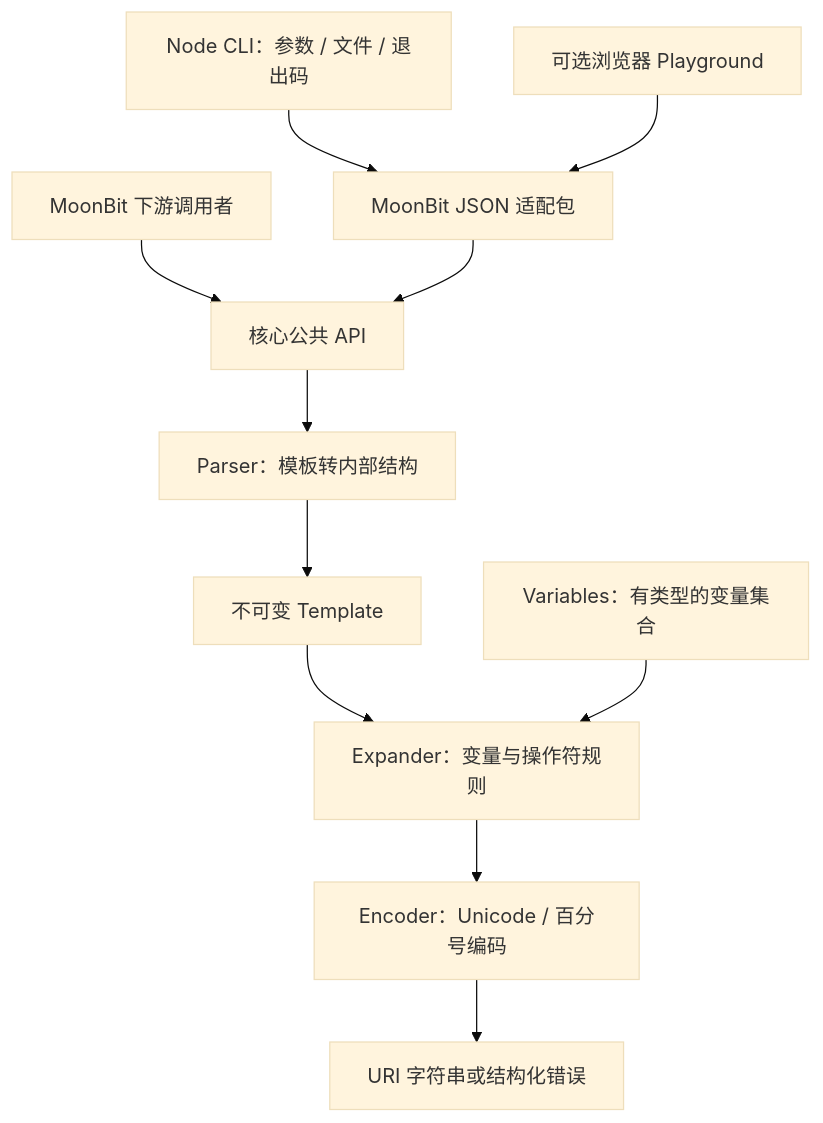
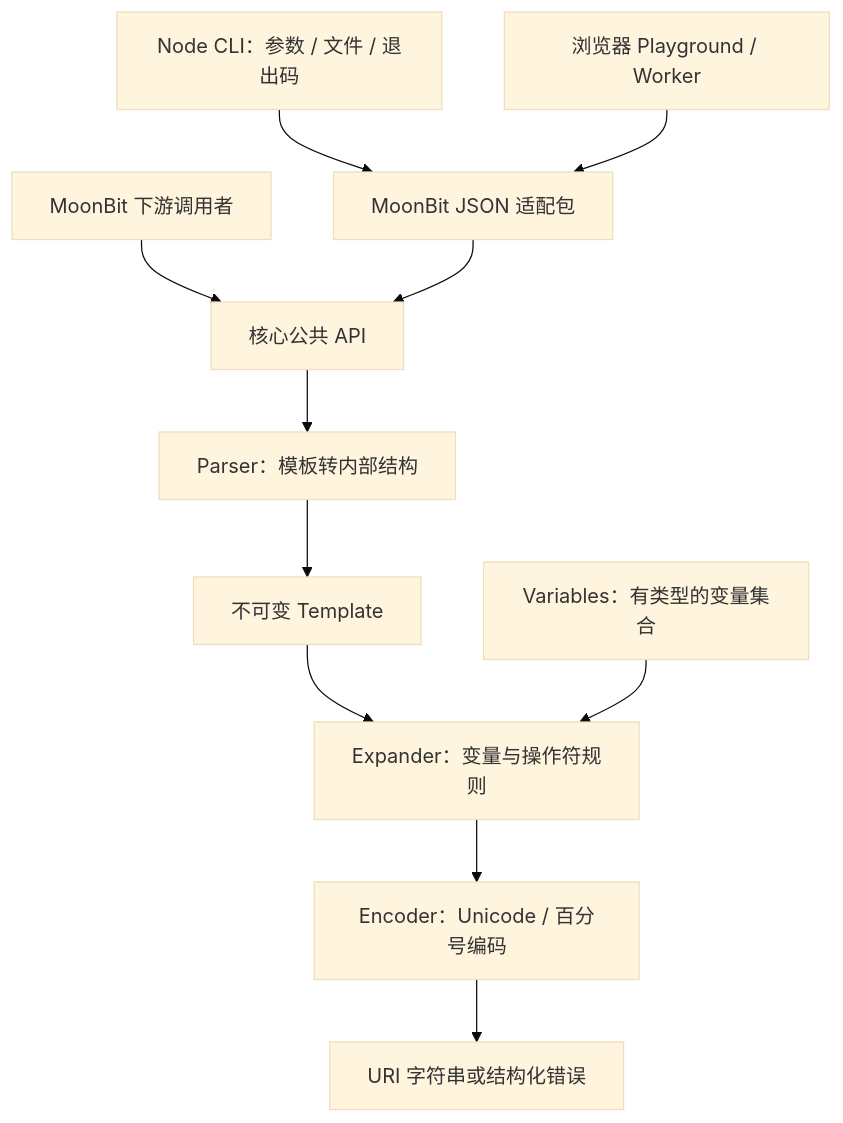
One commit to cjyhjy/moonbit-uri-template changed the diagram in docs/ARCHITECTURE.md. Above: the diagram before and after it, drawn with Mermaid (base theme). The commit also changed other lines of this file and 128 other files, not shown here.

````diff
--- a/docs/ARCHITECTURE.md
+++ b/docs/ARCHITECTURE.md
@@ -9,13 +9,13 @@
 ```mermaid
 flowchart TD
   Consumer[MoonBit 下游调用者] --> API[核心公共 API]
   CLI[Node CLI：参数 / 文件 / 退出码] --> Adapter[MoonBit JSON 适配包]
-  Web[可选浏览器 Playground] --> Adapter
+  Web[浏览器 Playground / Worker] --> Adapter
   Adapter --> API
   API --> Parser[Parser：模板转内部结构]
   Parser --> Template[不可变 Template]
   Template --> Expander[Expander：变量与操作符规则]
   Values[Variables：有类型的变量集合] --> Expander
   Expander --> Encoder[Encoder：Unicode / 百分号编码]
   Encoder --> Result[URI 字符串或结构化错误]
 ```
````
